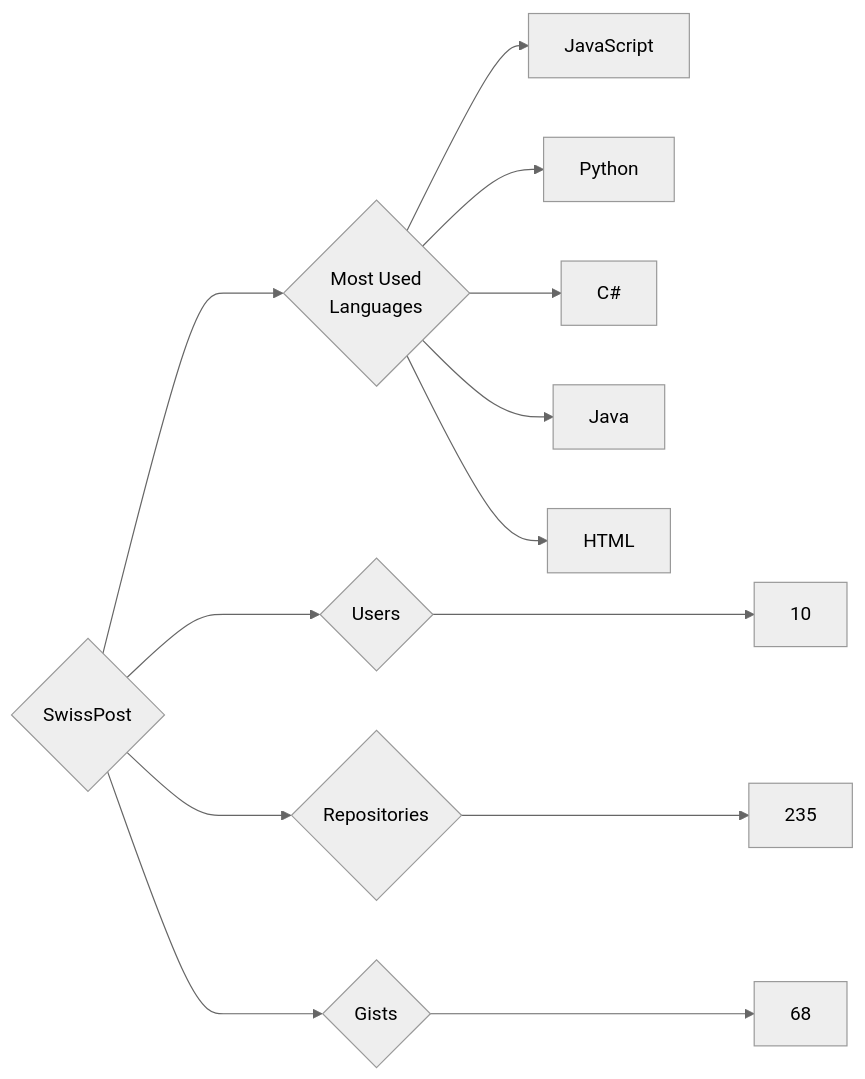
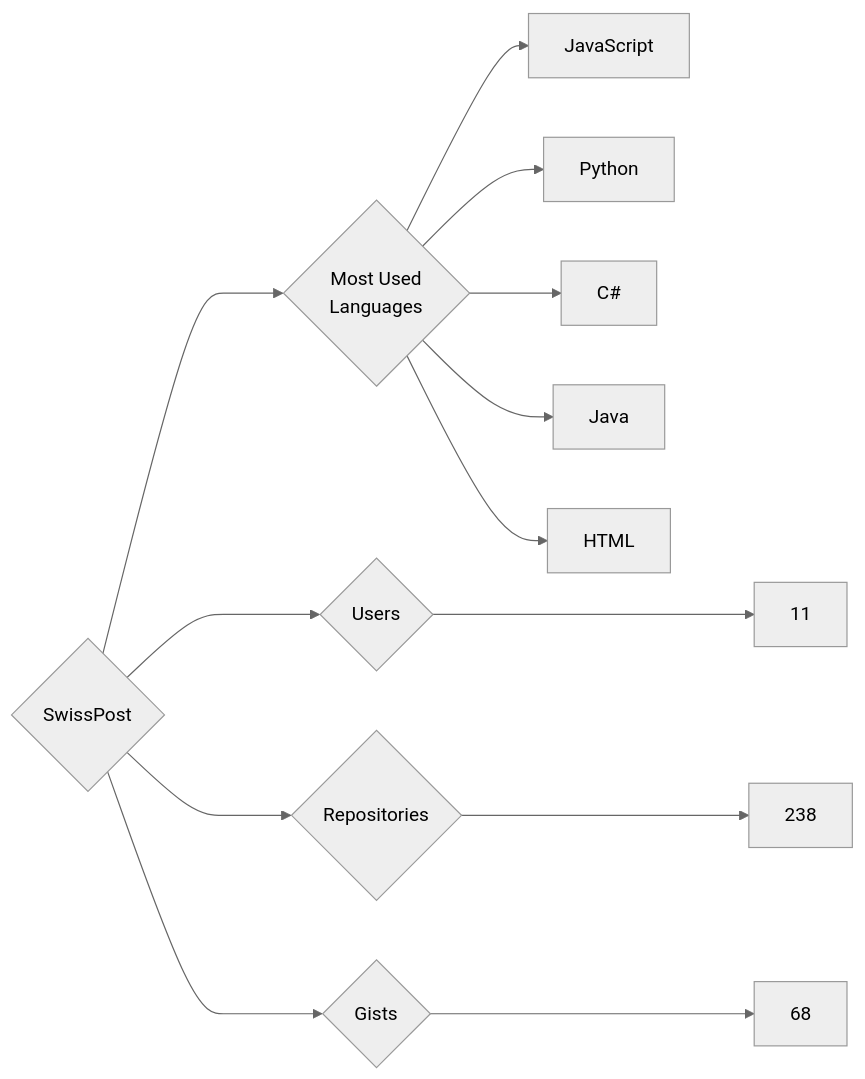
Before and after one commit to trickest/insiders: the diagram in targets/SwissPost/README.md, drawn with Mermaid (neutral theme). The commit also changed 765 other files, not shown here.

````diff
--- a/targets/SwissPost/README.md
+++ b/targets/SwissPost/README.md
@@ -3,13 +3,13 @@
 ```mermaid
 graph LR
 COMPANY_NAME{SwissPost}
-COMPANY_NAME ---> U{Users} ---> UN[10]
-COMPANY_NAME ---> R{Repositories} ---> RN[235]
+COMPANY_NAME ---> U{Users} ---> UN[11]
+COMPANY_NAME ---> R{Repositories} ---> RN[238]
 COMPANY_NAME ---> G{Gists} ---> GN[68]
 COMPANY_NAME ---> ML{Most Used<br>Languages}
 ML --> JavaScript[JavaScript]
 ML --> Python[Python]
 ML --> C#[C#]
 ML --> Java[Java]
 ML --> HTML[HTML]
 ```
````
